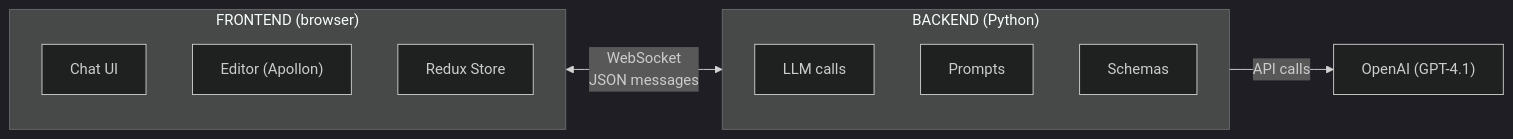
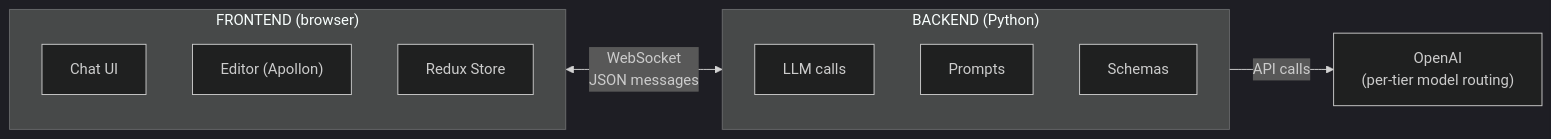
The first of 3 diagrams in docs/source/end_to_end_flow.rst (BESSER-PEARL/modeling-agent), drawn with Mermaid (dark theme) before and after one commit. The commit also changed other lines of this file and 19 other files, not shown here.

```diff
--- a/docs/source/end_to_end_flow.rst
+++ b/docs/source/end_to_end_flow.rst
@@ -18,17 +18,17 @@
 .. mermaid::
 
    graph LR
        subgraph FE["FRONTEND (browser)"]
            ChatUI["Chat UI"]
            Editor["Editor (Apollon)"]
            Redux["Redux Store"]
        end
 
        subgraph BE["BACKEND (Python)"]
            LLMCalls["LLM calls"]
            Prompts["Prompts"]
            Schemas["Schemas"]
        end
 
        FE <-->|"WebSocket<br/>JSON messages"| BE
-       BE -->|"API calls"| OpenAI["OpenAI (GPT-4.1)"]
+       BE -->|"API calls"| OpenAI["OpenAI<br/>(per-tier model routing)"]
```
